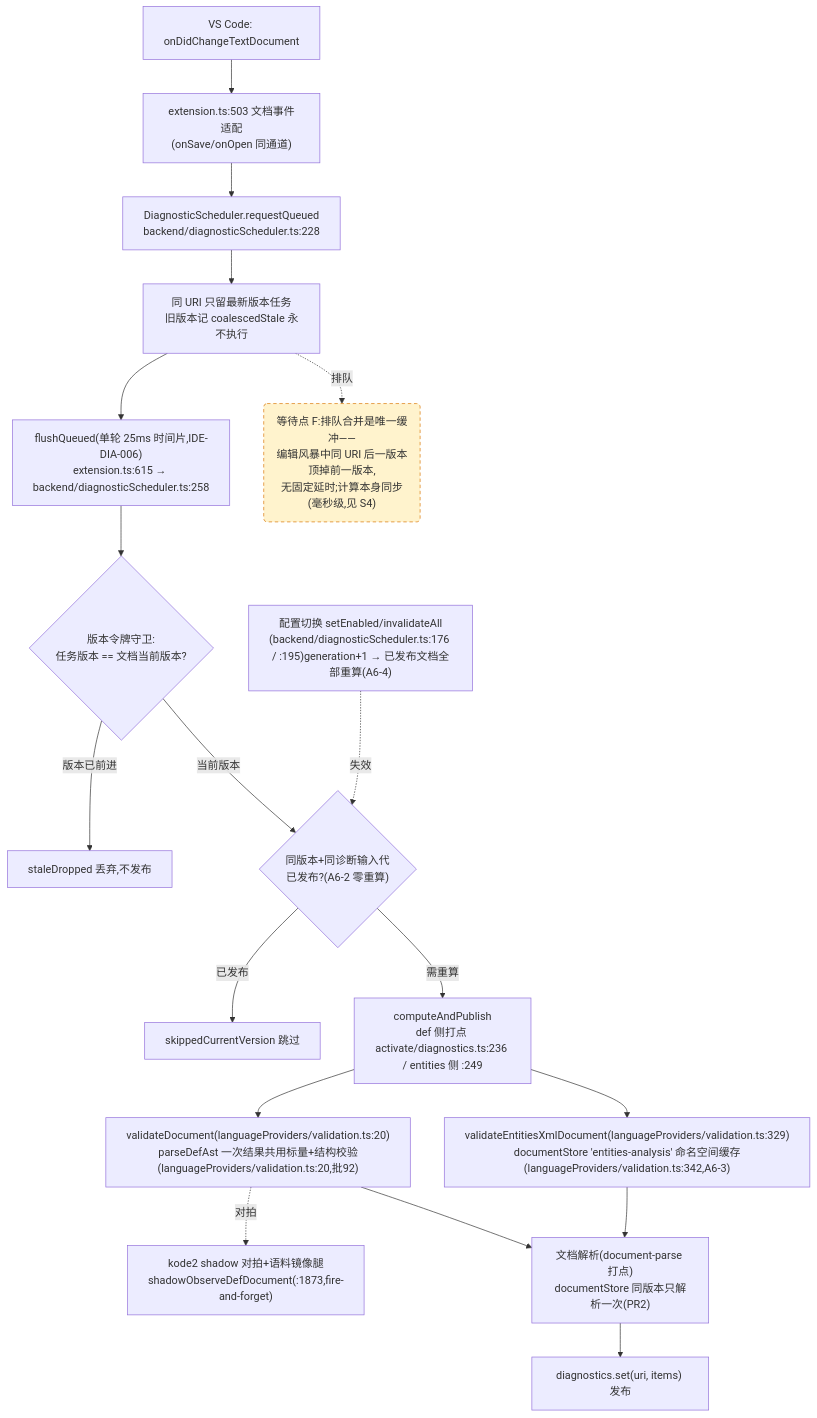
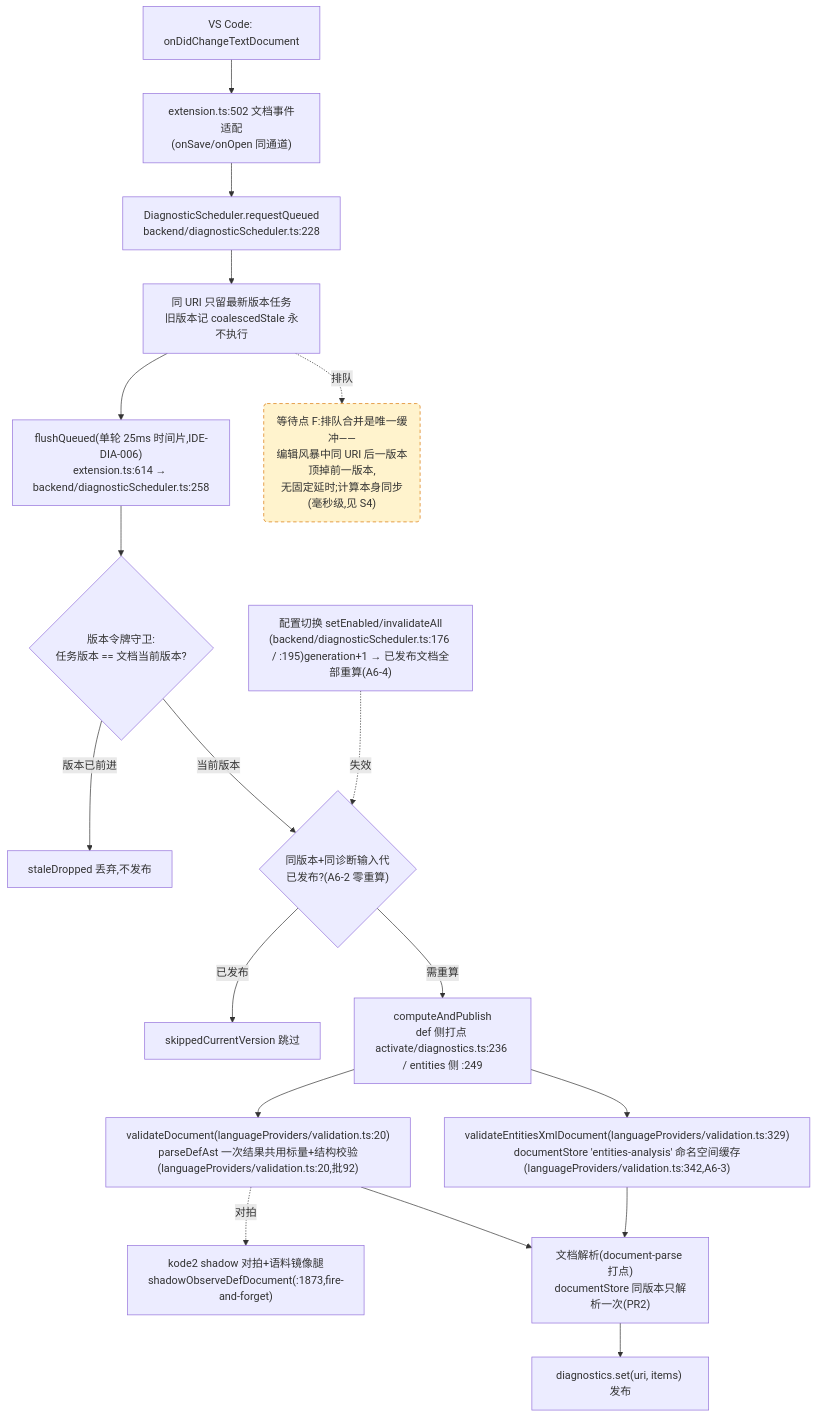
One commit to cuihairu/kode changed the fourth of 4 diagrams in docs/perf/2026-baseline.md. Above: the diagram before and after it, drawn with Mermaid. The commit also changed other lines of this file and 8 other files, not shown here.

````diff
--- a/docs/perf/2026-baseline.md
+++ b/docs/perf/2026-baseline.md
@@ -243,38 +244,38 @@
 ```mermaid
 flowchart TD
   CHG["VS Code: onDidChangeTextDocument"]
-  WATCH["extension.ts:503 文档事件适配<br/>(onSave/onOpen 同通道)"]
+  WATCH["extension.ts:502 文档事件适配<br/>(onSave/onOpen 同通道)"]
   RQ["DiagnosticScheduler.requestQueued<br/>backend/diagnosticScheduler.ts:228"]
   CO["同 URI 只留最新版本任务<br/>旧版本记 coalescedStale 永不执行"]
-  FL["flushQueued(单轮 25ms 时间片,IDE-DIA-006)<br/>extension.ts:615 → backend/diagnosticScheduler.ts:258"]
+  FL["flushQueued(单轮 25ms 时间片,IDE-DIA-006)<br/>extension.ts:614 → backend/diagnosticScheduler.ts:258"]
   VG{"版本令牌守卫:<br/>任务版本 == 文档当前版本?"}
   DROP["staleDropped 丢弃,不发布"]
   GEN{"同版本+同诊断输入代<br/>已发布?(A6-2 零重算)"}
   SKIP["skippedCurrentVersion 跳过"]
   CALC["computeAndPublish<br/>def 侧打点 activate/diagnostics.ts:236 / entities 侧 :249"]
   VD["validateDocument(languageProviders/validation.ts:20)<br/>parseDefAst 一次结果共用标量+结构校验(languageProviders/validation.ts:20,批92)"]
   VEX["validateEntitiesXmlDocument(languageProviders/validation.ts:329)<br/>documentStore 'entities-analysis' 命名空间缓存(languageProviders/validation.ts:342,A6-3)"]
   SHDD["kode2 shadow 对拍+语料镜像腿<br/>shadowObserveDefDocument(:1873,fire-and-forget)"]
   DS["文档解析(document-parse 打点)<br/>documentStore 同版本只解析一次(PR2)"]
   PUB["diagnostics.set(uri, items) 发布"]
   CFG2["配置切换 setEnabled/invalidateAll<br/>(backend/diagnosticScheduler.ts:176 / :195)generation+1 → 已发布文档全部重算(A6-4)"]
 
   CHG --> WATCH --> RQ --> CO --> FL --> VG
   VG -- "版本已前进" --> DROP
   VG -- "当前版本" --> GEN
   GEN -- "已发布" --> SKIP
   GEN -- "需重算" --> CALC
   CALC --> VD
   CALC --> VEX
   VD --> DS
   VEX --> DS
   DS --> PUB
   VD -.->|对拍| SHDD
   CFG2 -.->|失效| GEN
 
   WAITF("等待点 F:排队合并是唯一缓冲——<br/>编辑风暴中同 URI 后一版本顶掉前一版本,<br/>无固定延时;计算本身同步(毫秒级,见 S4)")
   CO -.->|排队| WAITF
 
   classDef waitPoint fill:#fff3cd,stroke:#d97706,stroke-dasharray:5 4;
   class WAITF waitPoint;
 ```
````
